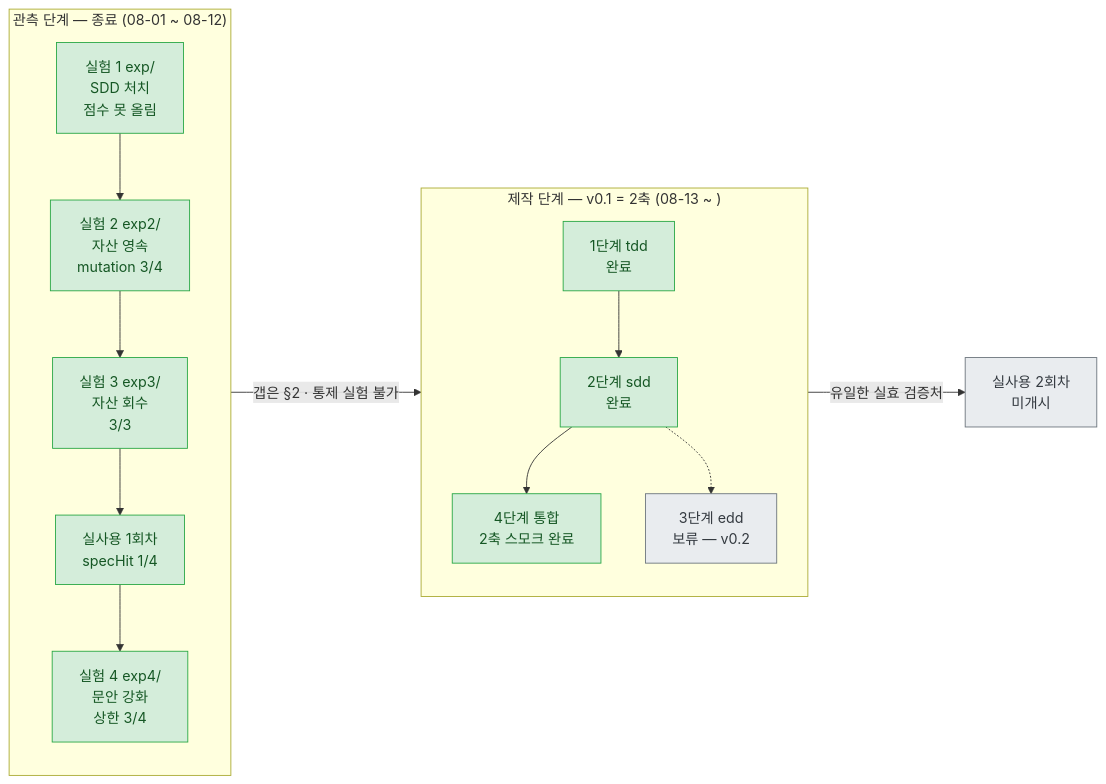
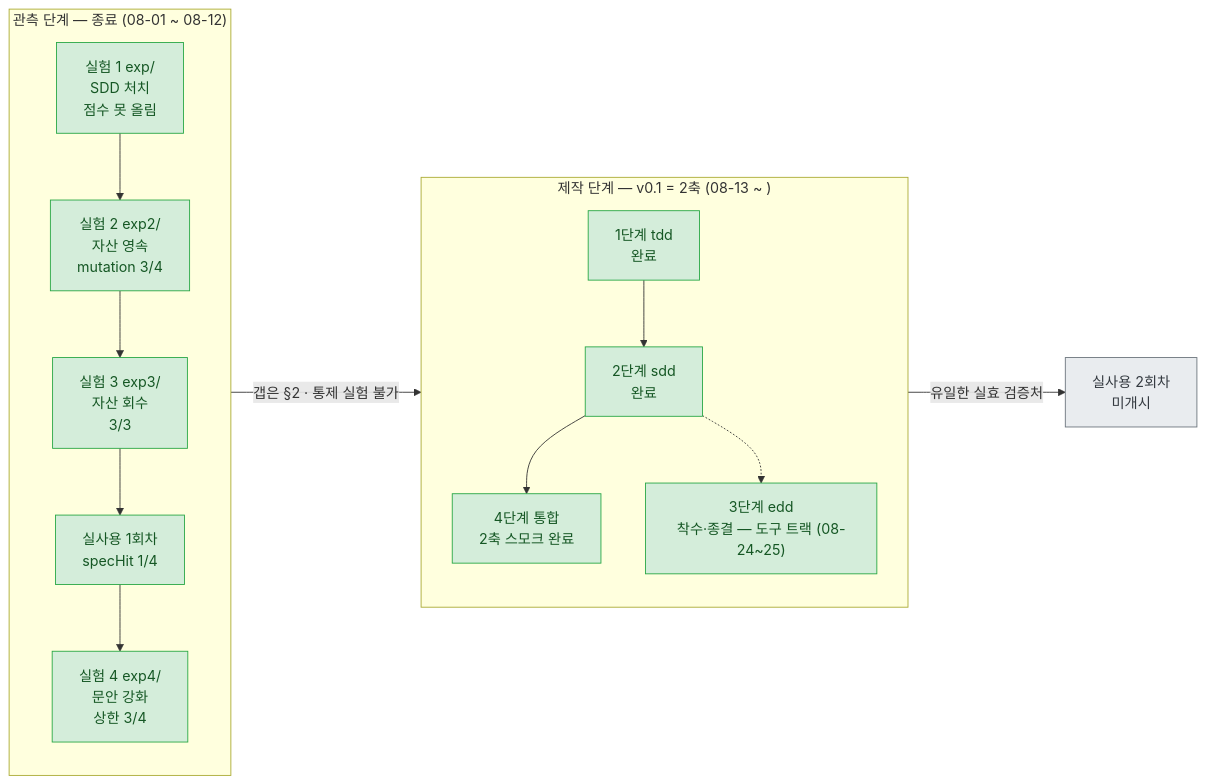
The first of 4 diagrams in docs/STATUS.md (h102-log/vibe-coding-lab), drawn with Mermaid before and after one commit. The commit also changed other lines of this file and 3 other files, not shown here.

````diff
--- a/docs/STATUS.md
+++ b/docs/STATUS.md
@@ -20,31 +20,31 @@
 ```mermaid
 flowchart LR
   subgraph OBS["관측 단계 — 종료 (08-01 ~ 08-12)"]
     direction TB
     E1["실험 1 exp/<br/>SDD 처치<br/>점수 못 올림"]
     E2["실험 2 exp2/<br/>자산 영속<br/>mutation 3/4"]
     E3["실험 3 exp3/<br/>자산 회수<br/>3/3"]
     E4["실사용 1회차<br/>specHit 1/4"]
     E5["실험 4 exp4/<br/>문안 강화<br/>상한 3/4"]
     E1 --> E2 --> E3 --> E4 --> E5
   end
 
   subgraph BUILD["제작 단계 — v0.1 = 2축 (08-13 ~ )"]
     direction TB
     S1["1단계 tdd<br/>완료"]
     S2["2단계 sdd<br/>완료"]
-    S3["3단계 edd<br/>보류 — v0.2"]
+    S3["3단계 edd<br/>착수·종결 — 도구 트랙 (08-24~25)"]
     S4["4단계 통합<br/>2축 스모크 완료"]
     S1 --> S2 --> S4
     S2 -.-> S3
   end
 
   OBS -->|"갭은 §2 · 통제 실험 불가"| BUILD
   S4 -->|"유일한 실효 검증처"| USE["실사용 2회차<br/>미개시"]
 
   classDef done fill:#d4edda,stroke:#28a745,color:#155724
   classDef blocked fill:#f8d7da,stroke:#dc3545,color:#721c24
   classDef wait fill:#e9ecef,stroke:#6c757d,color:#343a40
-  class E1,E2,E3,E4,E5,S1,S2,S4 done
-  class S3,USE wait
+  class E1,E2,E3,E4,E5,S1,S2,S3,S4 done
+  class USE wait
 ```
````
